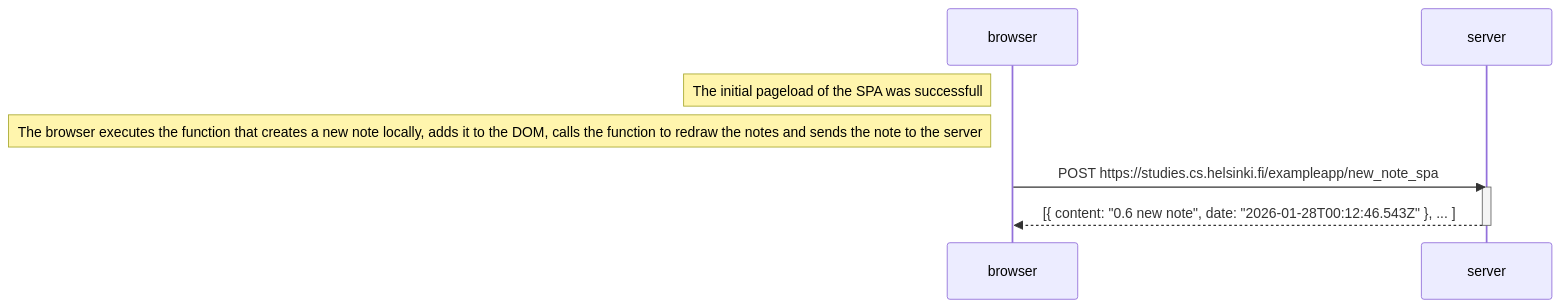
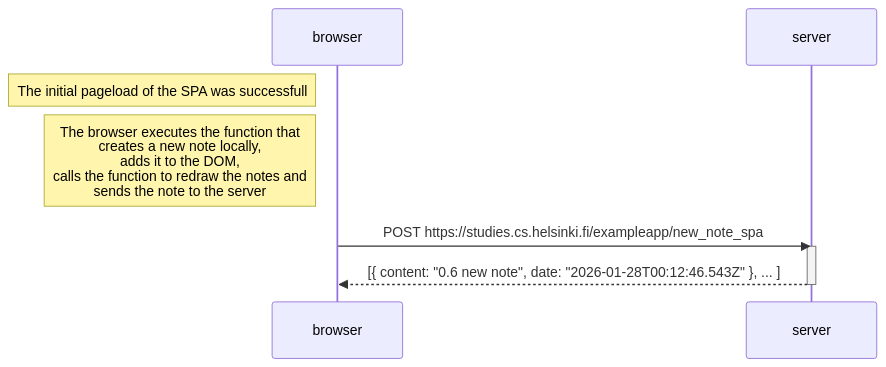
One commit to jakobsitory/full-stack-open changed the diagram in part0/ex06-spa-new-note-diagram.md. Above: the diagram before and after it, drawn with Mermaid. The commit also changed 1 other file, not shown here.

Commit message:
added linebreaks in notes to enhance readability

````diff
--- a/part0/ex06-spa-new-note-diagram.md
+++ b/part0/ex06-spa-new-note-diagram.md
@@ -1,13 +1,13 @@
 ``` mermaid
 sequenceDiagram
     participant browser
     participant server
 
     Note left of browser: The initial pageload of the SPA was successfull
-    Note left of browser: The browser executes the function that creates a new note locally, adds it to the DOM, calls the function to redraw the notes and sends the note to the server
+    Note left of browser: The browser executes the function that <br/>creates a new note locally, <br/>adds it to the DOM, <br/>calls the function to redraw the notes and <br/>sends the note to the server
 
     browser->>server: POST https://studies.cs.helsinki.fi/exampleapp/new_note_spa
     activate server
     server-->>browser: [{ content: "0.6 new note", date: "2026-01-28T00:12:46.543Z" }, ... ]
     deactivate server
 ```
````
